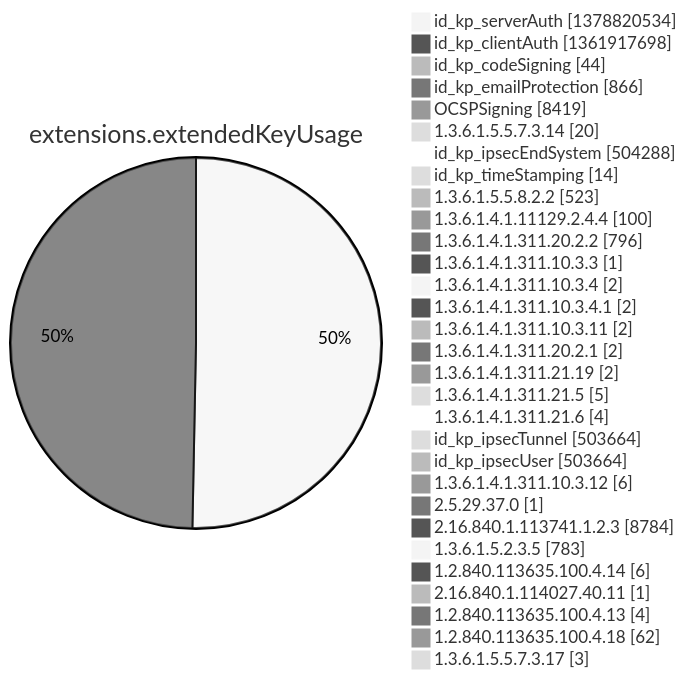
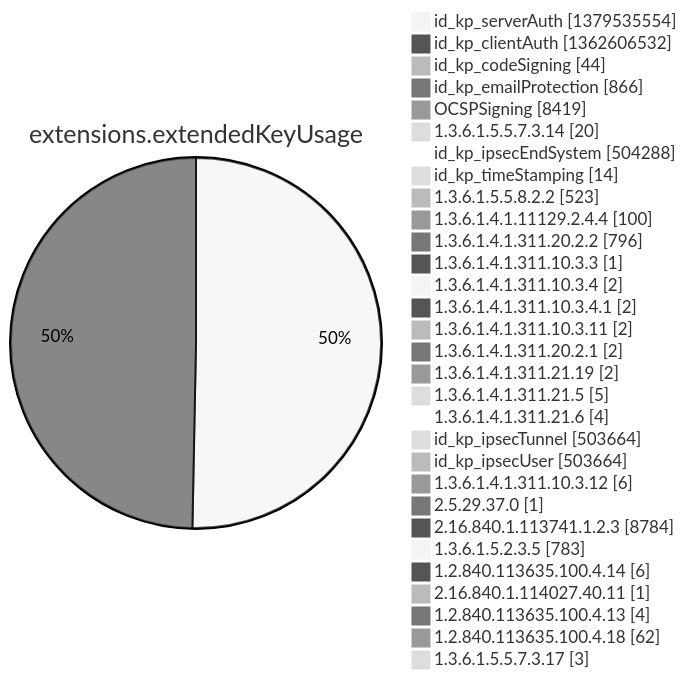
Before and after one commit to christiankrug/ctmonitor_visualization: diagram 12 of 15 in argon2022/README.md, drawn with Mermaid (neutral theme). The commit also changed other lines of this file, not shown here.

````diff
--- a/argon2022/README.md
+++ b/argon2022/README.md
@@ -3554,34 +3554,34 @@
 ```mermaid
 pie showData
 title extensions.extendedKeyUsage
-"id_kp_serverAuth" :1378820534
-"id_kp_clientAuth" :1361917698
+"id_kp_serverAuth" :1379535554
+"id_kp_clientAuth" :1362606532
 "id_kp_codeSigning" :44
 "id_kp_emailProtection" :866
 "OCSPSigning" :8419
 "1.3.6.1.5.5.7.3.14" :20
 "id_kp_ipsecEndSystem" :504288
 "id_kp_timeStamping" :14
 "1.3.6.1.5.5.8.2.2" :523
 "1.3.6.1.4.1.11129.2.4.4" :100
 "1.3.6.1.4.1.311.20.2.2" :796
 "1.3.6.1.4.1.311.10.3.3" :1
 "1.3.6.1.4.1.311.10.3.4" :2
 "1.3.6.1.4.1.311.10.3.4.1" :2
 "1.3.6.1.4.1.311.10.3.11" :2
 "1.3.6.1.4.1.311.20.2.1" :2
 "1.3.6.1.4.1.311.21.19" :2
 "1.3.6.1.4.1.311.21.5" :5
 "1.3.6.1.4.1.311.21.6" :4
 "id_kp_ipsecTunnel" :503664
 "id_kp_ipsecUser" :503664
 "1.3.6.1.4.1.311.10.3.12" :6
 "2.5.29.37.0" :1
 "2.16.840.1.113741.1.2.3" :8784
 "1.3.6.1.5.2.3.5" :783
 "1.2.840.113635.100.4.14" :6
 "2.16.840.1.114027.40.11" :1
 "1.2.840.113635.100.4.13" :4
 "1.2.840.113635.100.4.18" :62
 "1.3.6.1.5.5.7.3.17" :3
 ```
````
